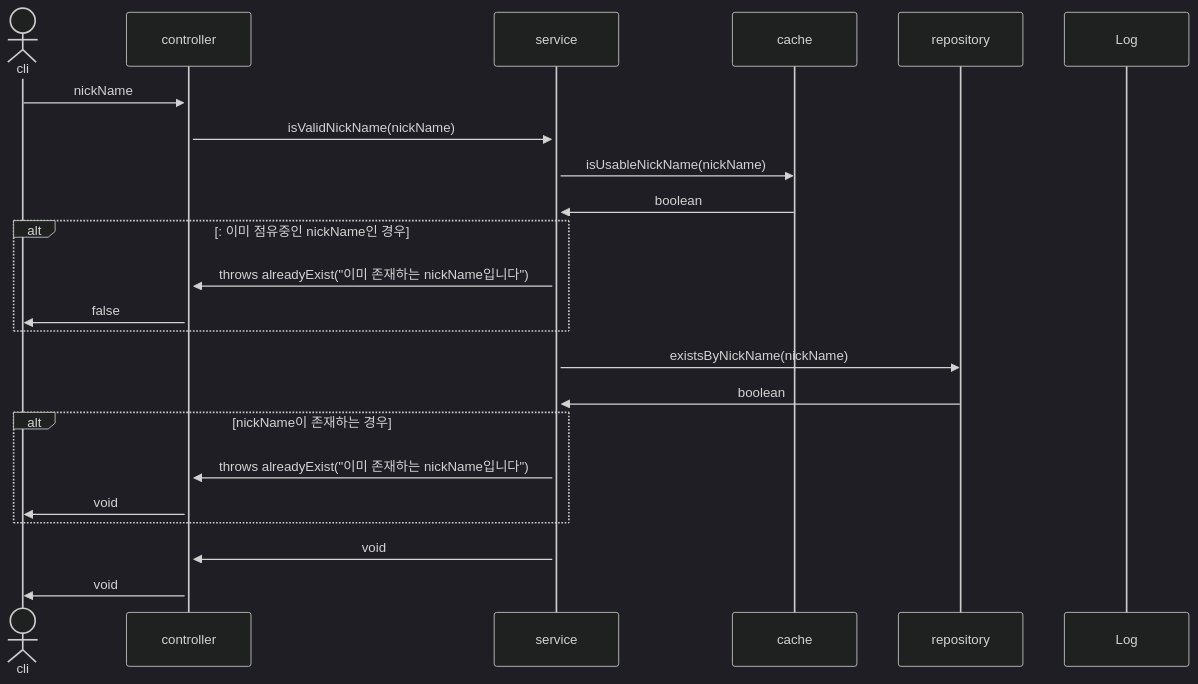
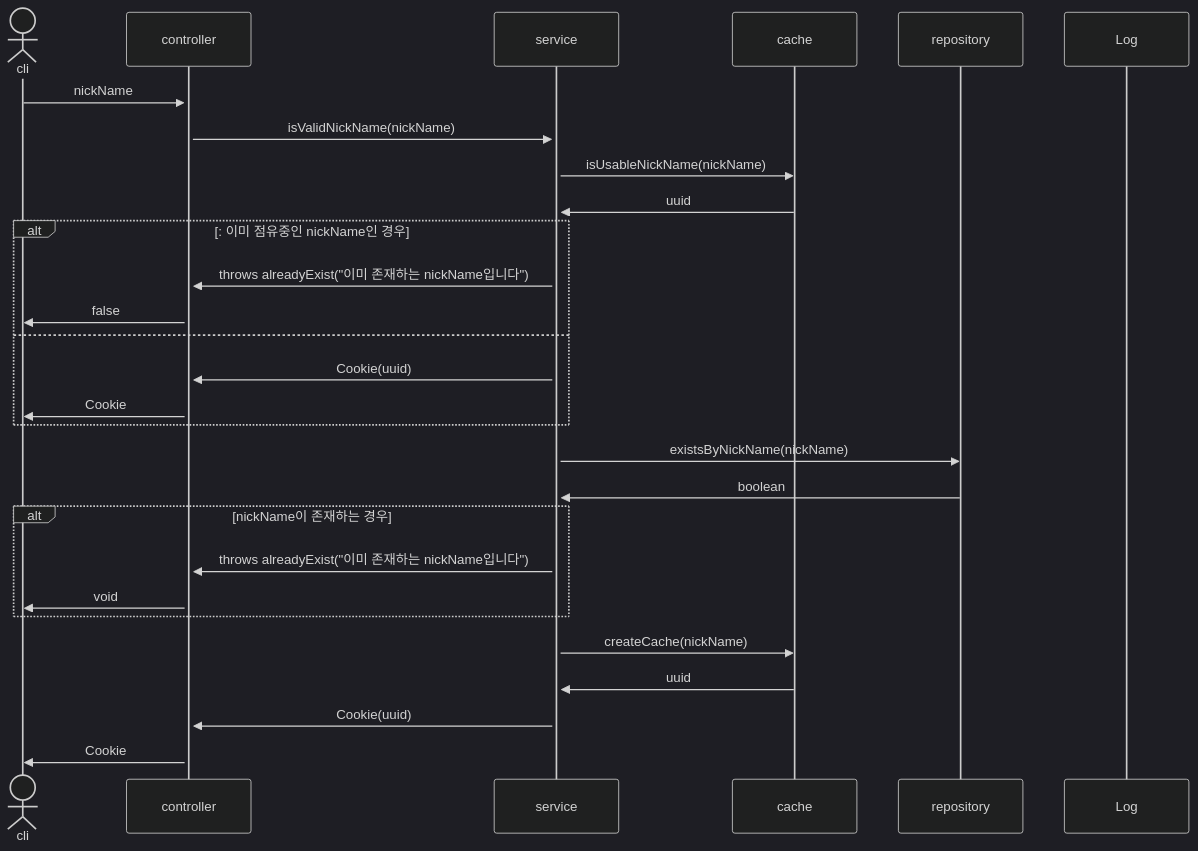
One commit to mtak0235/snsX changed the second of 30 diagrams in sequence.md. Above: the diagram before and after it, drawn with Mermaid (dark theme). The commit also changed other lines of this file, not shown here.

Commit message:
update isValidMemberEamil & isValidMemberNickName sequence diagram

````diff
--- a/sequence.md
+++ b/sequence.md
@@ -32,26 +37,31 @@
 ```mermaid
 sequenceDiagram
 actor cli
 participant c as controller
 participant s as service
 participant ca as cache
 participant r as repository
 participant l as Log
 
 cli->>+c: nickName
 c->>+s: isValidNickName(nickName)
 s->>ca: isUsableNickName(nickName)
-ca->>s: boolean
+ca->>s: uuid
 alt: 이미 점유중인 nickName인 경우
 s->>c: throws alreadyExist("이미 존재하는 nickName입니다")
 c->>cli: false
+else
+s->>c: Cookie(uuid)
+c->>cli: Cookie
 end
 s->>r: existsByNickName(nickName)
 r->>s: boolean
 alt nickName이 존재하는 경우
 s->>c: throws alreadyExist("이미 존재하는 nickName입니다")
 c->>cli: void
 end
-s->>c: void
-c->>cli: void
+s->>ca: createCache(nickName)
+ca->>s: uuid
+s->>c: Cookie(uuid)
+c->>cli: Cookie
 ```
````
